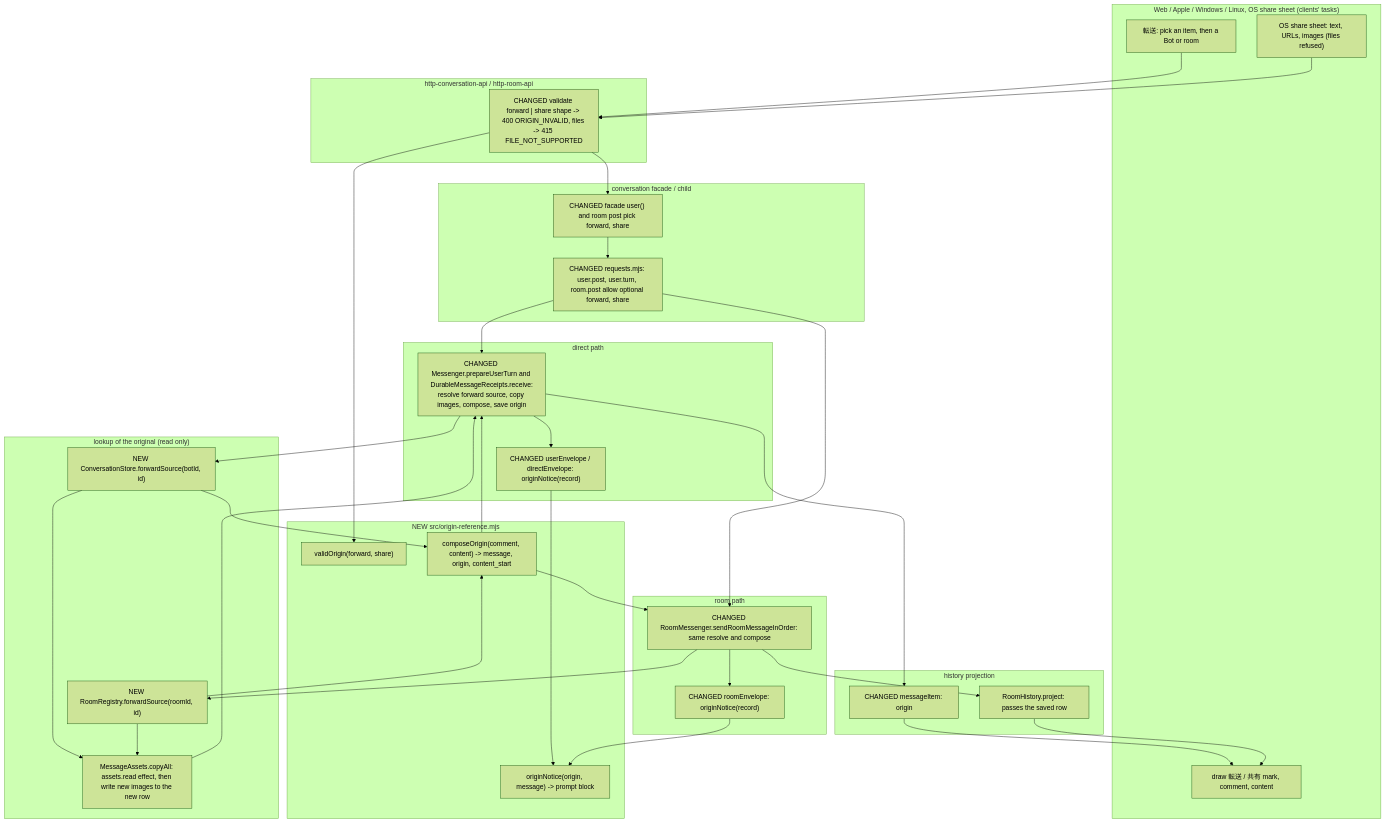
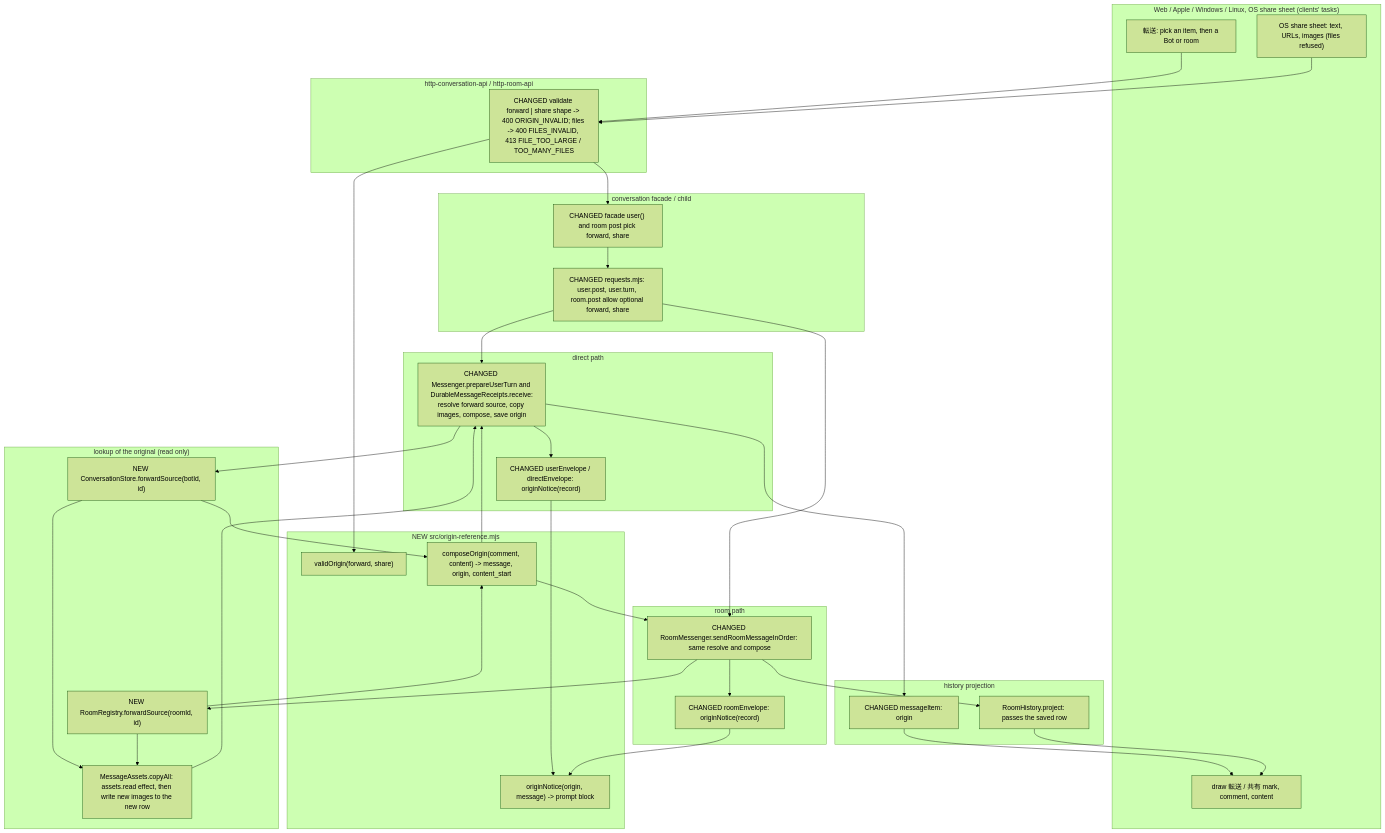
One commit to kitepon/BellTeam changed the first of 2 diagrams in docs/architecture/modules/conversation/forward.md. Above: the diagram before and after it, drawn with Mermaid (forest theme). The commit also changed other lines of this file and 17 other files, not shown here.

````diff
--- a/docs/architecture/modules/conversation/forward.md
+++ b/docs/architecture/modules/conversation/forward.md
@@ -142,52 +146,52 @@
 ```mermaid
 flowchart TD
   subgraph Clients["Web / Apple / Windows / Linux, OS share sheet (clients' tasks)"]
     Pick["転送: pick an item, then a Bot or room"]
     Sheet["OS share sheet: text, URLs, images (files refused)"]
     Draw["draw 転送 / 共有 mark, comment, content"]
   end
   subgraph Http["http-conversation-api / http-room-api"]
-    Val["CHANGED validate forward | share shape -> 400 ORIGIN_INVALID, files -> 415 FILE_NOT_SUPPORTED"]
+    Val["CHANGED validate forward | share shape -> 400 ORIGIN_INVALID; files -> 400 FILES_INVALID, 413 FILE_TOO_LARGE / TOO_MANY_FILES"]
   end
   subgraph Ipc["conversation facade / child"]
     Fac["CHANGED facade user() and room post pick forward, share"]
     Req["CHANGED requests.mjs: user.post, user.turn, room.post allow optional forward, share"]
   end
   subgraph Origin["NEW src/origin-reference.mjs"]
     Valid["validOrigin(forward, share)"]
     Compose["composeOrigin(comment, content) -> message, origin, content_start"]
     Notice["originNotice(origin, message) -> prompt block"]
   end
   subgraph Direct["direct path"]
     Prep["CHANGED Messenger.prepareUserTurn and DurableMessageReceipts.receive:<br/>resolve forward source, copy images, compose, save origin"]
     Env["CHANGED userEnvelope / directEnvelope: originNotice(record)"]
   end
   subgraph Room["room path"]
     RM["CHANGED RoomMessenger.sendRoomMessageInOrder: same resolve and compose"]
     REnv["CHANGED roomEnvelope: originNotice(record)"]
   end
   subgraph Lookup["lookup of the original (read only)"]
     FS["NEW ConversationStore.forwardSource(botId, id)"]
     RS["NEW RoomRegistry.forwardSource(roomId, id)"]
     Copy["MessageAssets.copyAll: assets.read effect, then write new images to the new row"]
   end
   subgraph Read["history projection"]
     MI["CHANGED messageItem: origin"]
     RP["RoomHistory.project: passes the saved row"]
   end
   Pick --> Val
   Sheet --> Val
   Val --> Fac --> Req
   Req --> Prep & RM
   Prep --> FS
   RM --> RS
   FS & RS --> Compose
   FS & RS --> Copy --> Prep
   Compose --> Prep
   Compose --> RM
   Prep --> Env --> Notice
   RM --> REnv --> Notice
   Prep --> MI --> Draw
   RM --> RP --> Draw
   Val --> Valid
 ```
````
